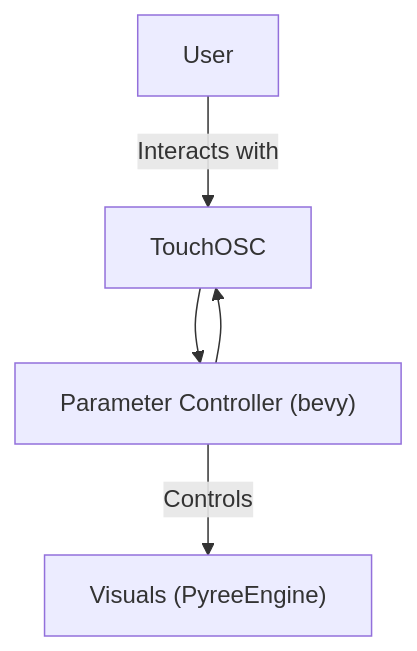
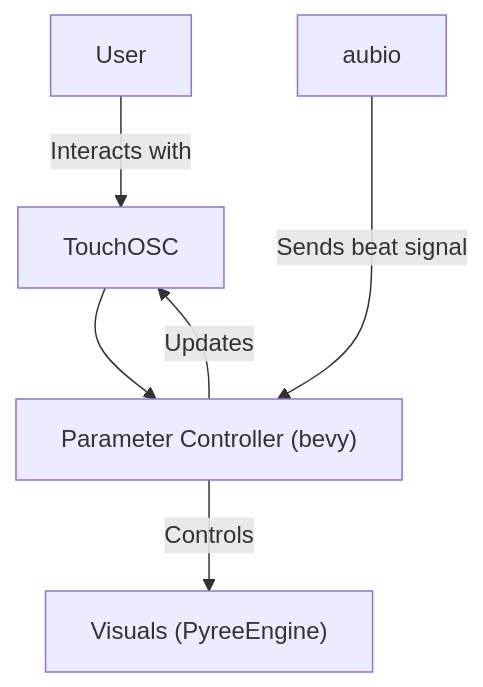
The diagram in README.md (DrLuke/vjpyree-gpn20), drawn with Mermaid before and after one commit. The commit also changed other lines of this file, not shown here.

````diff
--- a/README.md
+++ b/README.md
@@ -8,8 +8,9 @@
 ```mermaid
 graph TD;
 
 user[User] -->|Interacts with| touchosc;
 touchosc[TouchOSC] --> bevy["Parameter Controller (bevy)"];
-bevy --> touchosc;
+bevy -->|Updates| touchosc;
 bevy -->|Controls| pyree["Visuals (PyreeEngine)"]
+aubio --->|Sends beat signal| bevy
 ```
````
